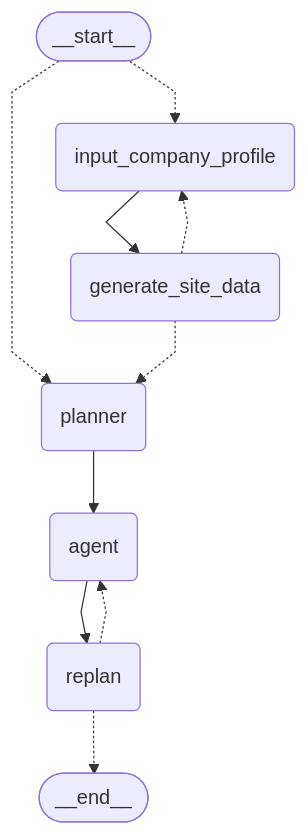
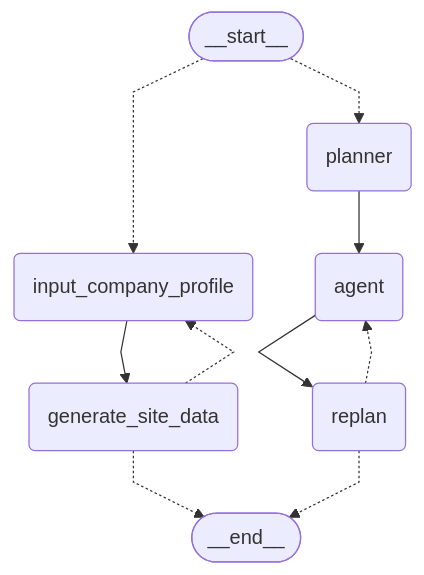
Before and after one commit to alallaqi/poc-strapi-chat: the fourth of 4 diagrams in README.md, drawn with Mermaid. The commit also changed other lines of this file and 8 other files, not shown here.

````diff
--- a/README.md
+++ b/README.md
@@ -115,20 +115,20 @@
 ```mermaid
 %%{init: {'flowchart': {'curve': 'linear'}}}%%
 graph TD;
         __start__([<p>__start__</p>]):::first
         generate_site_data(generate_site_data)
         input_company_profile(input_company_profile)
         planner(planner)
         agent(agent)
         replan(replan)
         __end__([<p>__end__</p>]):::last
         agent --> replan;
         input_company_profile --> generate_site_data;
         planner --> agent;
         __start__ -.-> input_company_profile;
         __start__ -.-> planner;
         generate_site_data -.-> input_company_profile;
-        generate_site_data -.-> planner;
+        generate_site_data -.-> __end__;
         replan -.-> agent;
         replan -.-> __end__;
 ```
````
